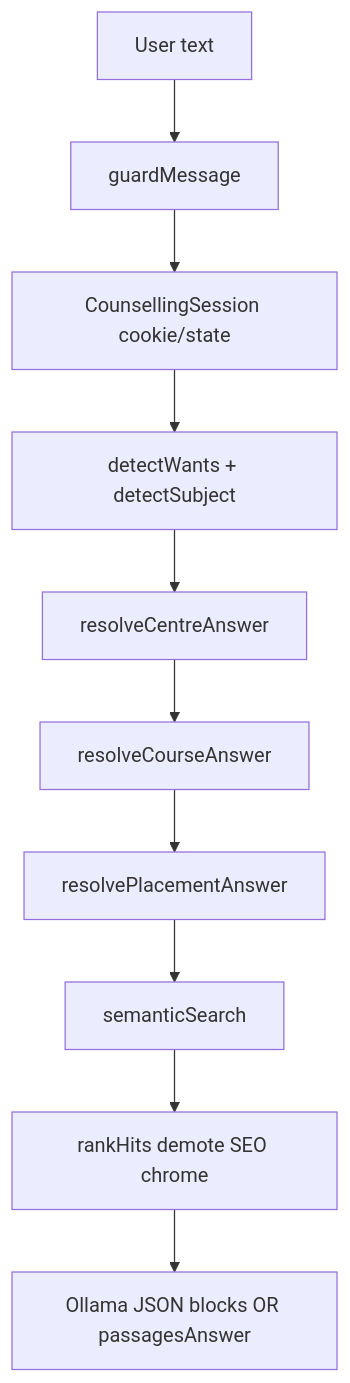
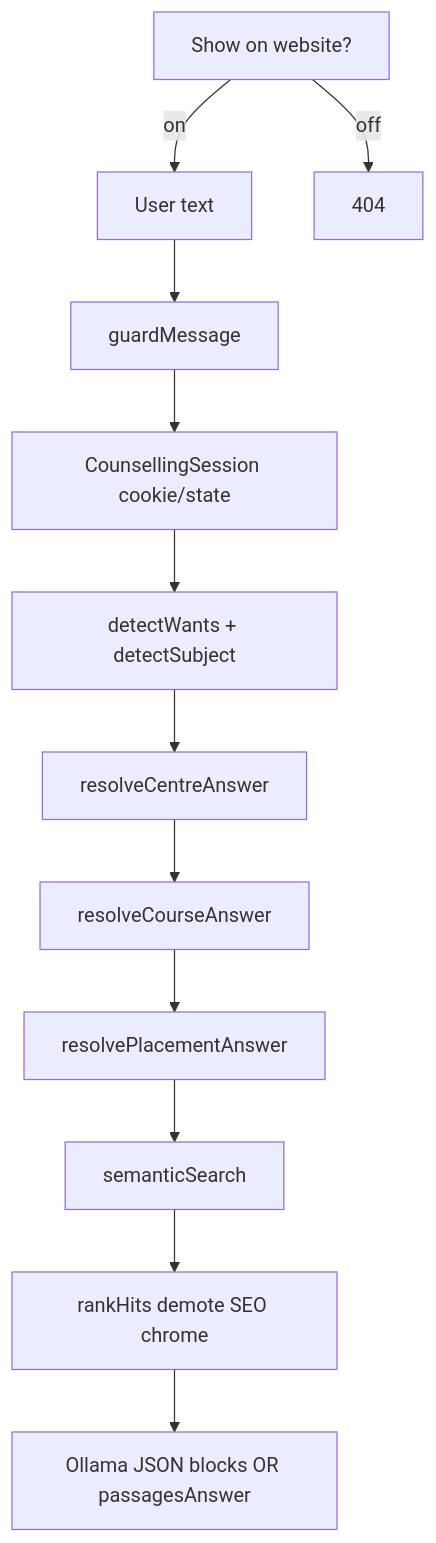
The fourth of 7 diagrams in docs/DATA_FLOWS.md (fe-techTeam/jetking-website-new), drawn with Mermaid before and after one commit. The commit also changed other lines of this file and 116 other files, not shown here.

````diff
--- a/docs/DATA_FLOWS.md
+++ b/docs/DATA_FLOWS.md
@@ -132,16 +149,18 @@
 ```mermaid
 flowchart TB
+  CMS[Show on website?]
   Msg[User text]
   Guard[guardMessage]
   Sess[CounsellingSession cookie/state]
   Intent[detectWants + detectSubject]
   R1[resolveCentreAnswer]
   R2[resolveCourseAnswer]
   R3[resolvePlacementAnswer]
   Sem[semanticSearch]
   Rank[rankHits demote SEO chrome]
   Gen[Ollama JSON blocks OR passagesAnswer]
 
-  Msg --> Guard --> Sess --> Intent
+  CMS -->|off| Stop[404]
+  CMS -->|on| Msg --> Guard --> Sess --> Intent
   Intent --> R1 --> R2 --> R3 --> Sem --> Rank --> Gen
 ```
````
